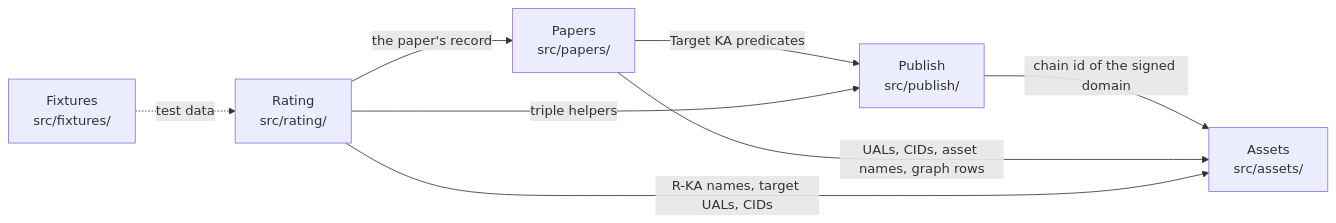
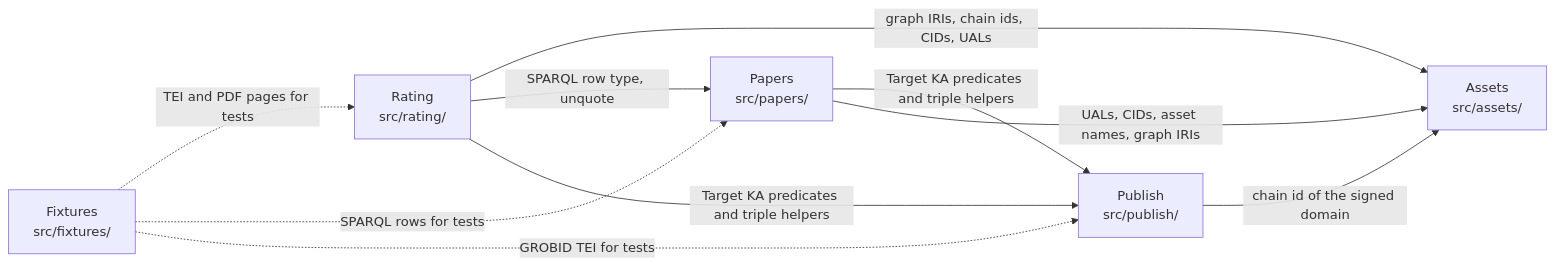
Before and after one commit to SiegfriedBz/labstrail: the diagram in .omm/overall-architecture/core/diagram.mmd, drawn with Mermaid. The commit also changed 20 other files, not shown here.

First line of the commit message:
docs: correct seven architecture views against the code

```diff
--- a/.omm/overall-architecture/core/diagram.mmd
+++ b/.omm/overall-architecture/core/diagram.mmd
@@ -1,8 +1,10 @@
 graph LR
     publish["Publish\nsrc/publish/"] -->|"chain id of the signed domain"| assets["Assets\nsrc/assets/"]
-    papers["Papers\nsrc/papers/"] -->|"Target KA predicates"| publish
-    papers -->|"UALs, CIDs, asset names, graph rows"| assets
-    rating["Rating\nsrc/rating/"] -->|"R-KA names, target UALs, CIDs"| assets
-    rating -->|"the paper's record"| papers
-    rating -->|"triple helpers"| publish
-    fixtures["Fixtures\nsrc/fixtures/"] -.->|"test data"| rating
+    papers["Papers\nsrc/papers/"] -->|"Target KA predicates and triple helpers"| publish
+    papers -->|"UALs, CIDs, asset names, graph IRIs"| assets
+    rating["Rating\nsrc/rating/"] -->|"graph IRIs, chain ids, CIDs, UALs"| assets
+    rating -->|"SPARQL row type, unquote"| papers
+    rating -->|"Target KA predicates and triple helpers"| publish
+    fixtures["Fixtures\nsrc/fixtures/"] -.->|"TEI and PDF pages for tests"| rating
+    fixtures -.->|"SPARQL rows for tests"| papers
+    fixtures -.->|"GROBID TEI for tests"| publish
```
